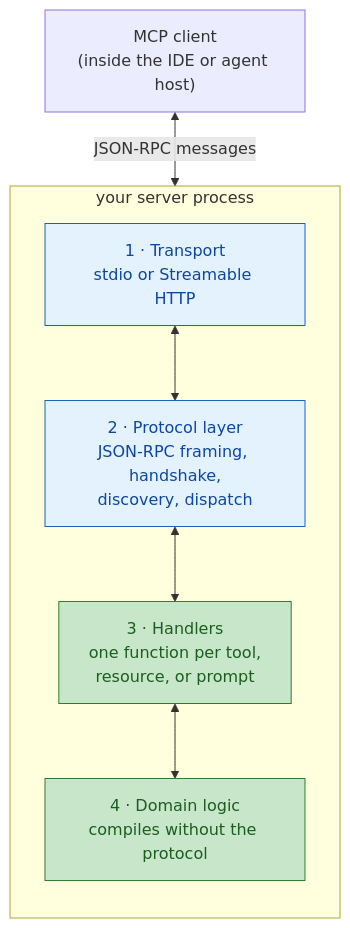
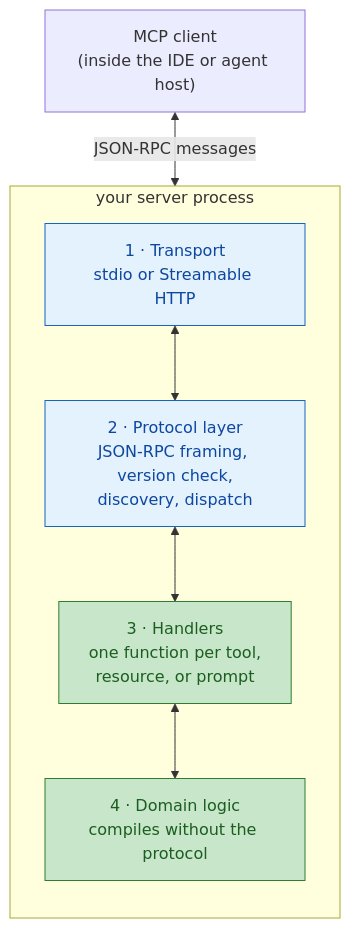
Before and after one commit to nitinpawar28/AI-learn: the first of 2 diagrams in docs/part3-mcp/writing-a-server.md, drawn with Mermaid. The commit also changed other lines of this file and 42 other files, not shown here.

````diff
--- a/docs/part3-mcp/writing-a-server.md
+++ b/docs/part3-mcp/writing-a-server.md
@@ -18,20 +20,20 @@
 ```mermaid
 flowchart TB
     CL["MCP client<br/>(inside the IDE or agent host)"]
     subgraph SRV["your server process"]
         direction TB
         TR["1 · Transport<br/>stdio or Streamable HTTP"]
-        PL["2 · Protocol layer<br/>JSON-RPC framing, handshake,<br/>discovery, dispatch"]
+        PL["2 · Protocol layer<br/>JSON-RPC framing, version check,<br/>discovery, dispatch"]
         HA["3 · Handlers<br/>one function per tool,<br/>resource, or prompt"]
         DL["4 · Domain logic<br/>compiles without the protocol"]
         TR <--> PL
         PL <--> HA
         HA <--> DL
     end
     CL <-->|"JSON-RPC messages"| TR
 
     classDef sdk fill:#e3f2fd,stroke:#1565c0,color:#0d47a1;
     classDef yours fill:#c8e6c9,stroke:#2e7d32,color:#1b5e20;
     class TR,PL sdk;
     class HA,DL yours;
 ```
````
